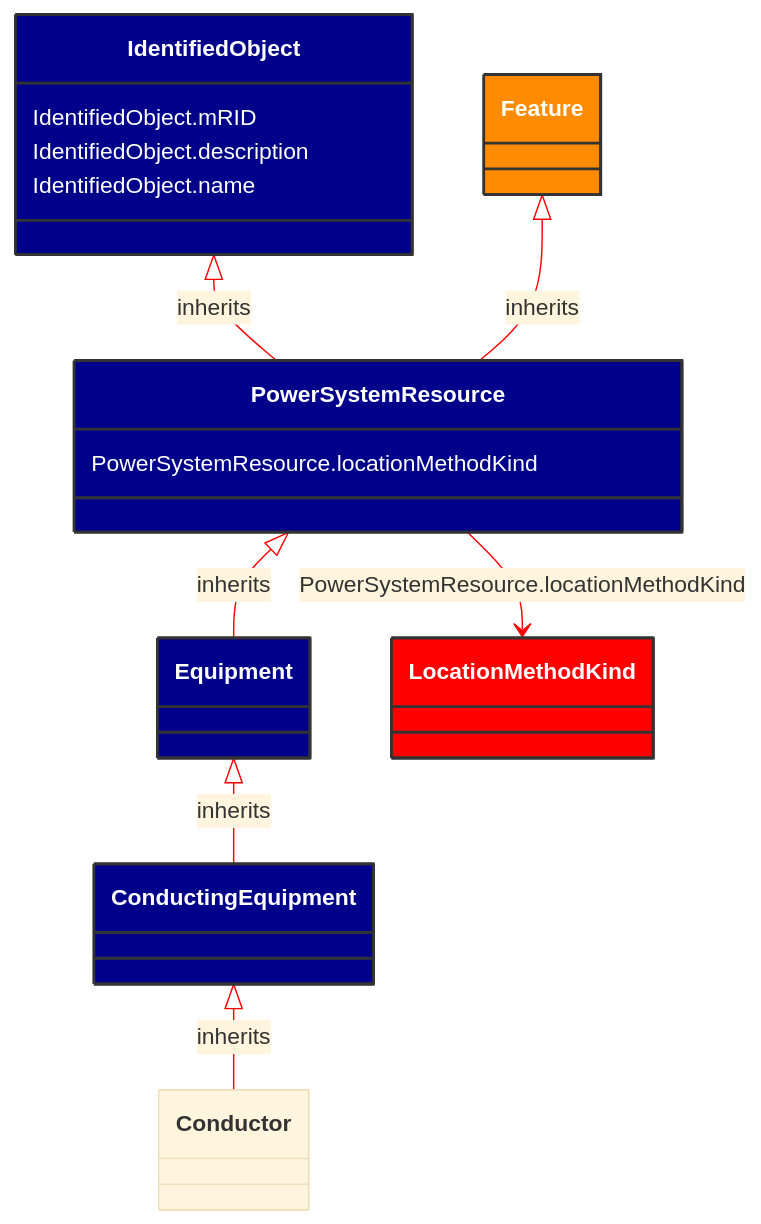
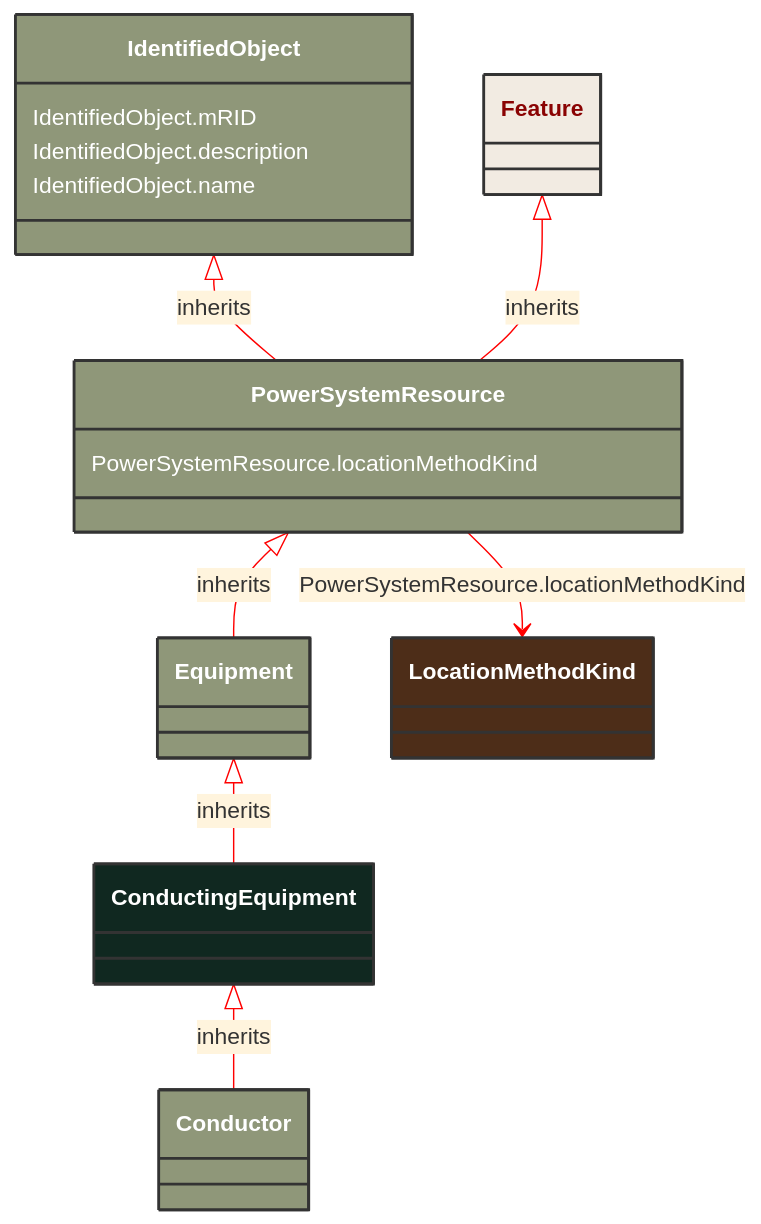
Before and after one commit to 3lbits/NoCIMExtensions: the diagram in docs/Models/Profiles/AviationObstacle/AbstractClasses/ConductingEquipment.md, drawn with Mermaid. The commit also changed 190 other files, not shown here.

````diff
--- a/docs/Models/Profiles/AviationObstacle/AbstractClasses/ConductingEquipment.md
+++ b/docs/Models/Profiles/AviationObstacle/AbstractClasses/ConductingEquipment.md
@@ -10,43 +10,41 @@
 ```mermaid
 %%{init: {'theme':'base','themeVariables': {'lineColor': '#FF0000'}}}%%
 classDiagram
     class ConductingEquipment
     click ConductingEquipment href "/Models/Profiles/AviationObstacle/AbstractClasses/ConductingEquipment/"
-    style ConductingEquipment fill:#006400,stroke:#333,stroke-width:2px,rx:10,ry:10,color:white
+    style ConductingEquipment fill:#102820,stroke:#333,stroke-width:2px,rx:10,ry:10,color:white
 
         ConductingEquipment <|-- Conductor : inherits
-            click ConductingEquipment href "/Models/Profiles/AviationObstacle/AbstractClasses/ConductingEquipment/"
-            style ConductingEquipment fill:#00008B,stroke:#333,stroke-width:2px,rx:10,ry:10,color:white
 
         Conductor
             click Conductor href "/Models/Profiles/AviationObstacle/AbstractClasses/Conductor/"
-            style ConductingEquipment fill:#00008B,stroke:#333,stroke-width:2px,rx:10,ry:10,color:white
-
+            style Conductor fill:#8F9779,stroke:#333,stroke-width:2px,rx:10,ry:10,color:white
+     
         Equipment <|-- ConductingEquipment : inherits
             click Equipment href "/Models/Profiles/AviationObstacle/AbstractClasses/Equipment/"
-            style Equipment fill:#00008B,stroke:#333,stroke-width:2px,rx:10,ry:10,color:white
-
+            style Equipment fill:#8F9779,stroke:#333,stroke-width:2px,rx:10,ry:10,color:white
+     
         PowerSystemResource <|-- Equipment : inherits
             click PowerSystemResource href "/Models/Profiles/AviationObstacle/AbstractClasses/PowerSystemResource/"
-            style PowerSystemResource fill:#00008B,stroke:#333,stroke-width:2px,rx:10,ry:10,color:white
-
+            style PowerSystemResource fill:#8F9779,stroke:#333,stroke-width:2px,rx:10,ry:10,color:white
+     
         IdentifiedObject <|-- PowerSystemResource : inherits
             click IdentifiedObject href "/Models/Profiles/AviationObstacle/AbstractClasses/IdentifiedObject/"
-            style IdentifiedObject fill:#00008B,stroke:#333,stroke-width:2px,rx:10,ry:10,color:white
+            style IdentifiedObject fill:#8F9779,stroke:#333,stroke-width:2px,rx:10,ry:10,color:white
 
         Feature <|-- PowerSystemResource : inherits
             click Feature href "/Models/Profiles/AviationObstacle/ConcreteClasses/Feature/"
-            style Feature fill:#FF8C00,stroke:#333,stroke-width:2px,rx:10,ry:10,color:white
+            style Feature fill:#F2EBE2,stroke:#333,stroke-width:2px,rx:10,ry:10,color:#8A0303
 
 
         PowerSystemResource --> LocationMethodKind : PowerSystemResource.locationMethodKind
 
         LocationMethodKind
             click LocationMethodKind href "/Models/Profiles/AviationObstacle/Enumerations/LocationMethodKind/"
-            style LocationMethodKind fill:#FF0000,stroke:#333,stroke-width:2px,rx:10,ry:10,color:white
+            style LocationMethodKind fill:#4D2D18,stroke:#333,stroke-width:2px,rx:10,ry:10,color:white
 
         PowerSystemResource : PowerSystemResource.locationMethodKind
         IdentifiedObject : IdentifiedObject.mRID
         IdentifiedObject : IdentifiedObject.description
         IdentifiedObject : IdentifiedObject.name
 ```
````
